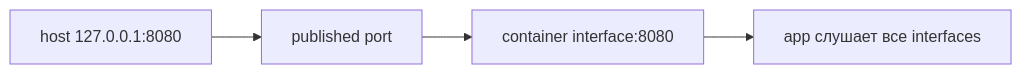
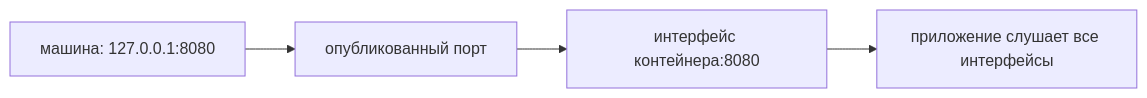
One commit to leary1337/vault changed the diagram in docs/containers/docker/networking.md. Above: the diagram before and after it, drawn with Mermaid. The commit also changed other lines of this file and 325 other files, not shown here.

````diff
--- a/docs/containers/docker/networking.md
+++ b/docs/containers/docker/networking.md
@@ -45,6 +28,6 @@
 ```mermaid
 flowchart LR
-    H["host 127.0.0.1:8080"] --> P["published port"]
-    P --> C["container interface:8080"]
-    C --> A["app слушает все interfaces"]
+    H["машина: 127.0.0.1:8080"] --> P["опубликованный порт"]
+    P --> C["интерфейс контейнера:8080"]
+    C --> A["приложение слушает все интерфейсы"]
 ```
````
